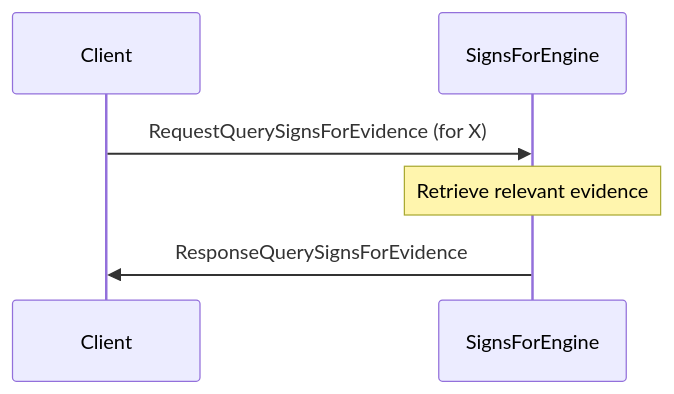
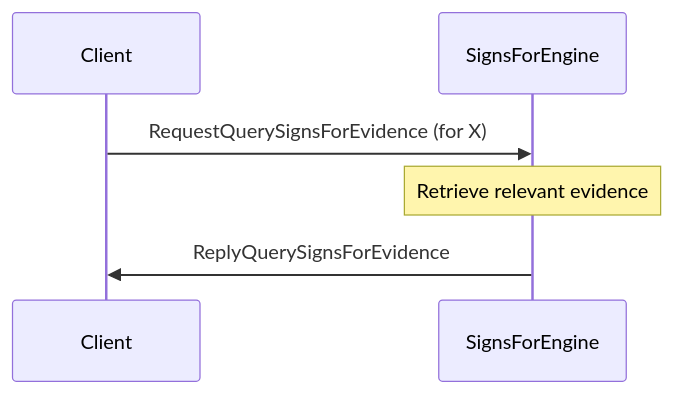
The third of 3 diagrams in docs/arch/node/engines/signs_for_messages.juvix.md (anoma/nspec), drawn with Mermaid before and after one commit. The commit also changed other lines of this file and 37 other files, not shown here.

Commit message:
Renamed all instances of "Response" to "Reply" in message interfaces for consistency across commitment, decryption, identity management, and other engines.

````diff
--- a/docs/arch/node/engines/signs_for_messages.juvix.md
+++ b/docs/arch/node/engines/signs_for_messages.juvix.md
@@ -81,9 +81,9 @@
 ```mermaid
 sequenceDiagram
     participant Client
     participant SignsForEngine
 
     Client->>SignsForEngine: RequestQuerySignsForEvidence (for X)
     Note over SignsForEngine: Retrieve relevant evidence
-    SignsForEngine->>Client: ResponseQuerySignsForEvidence
+    SignsForEngine->>Client: ReplyQuerySignsForEvidence
 ```
````
